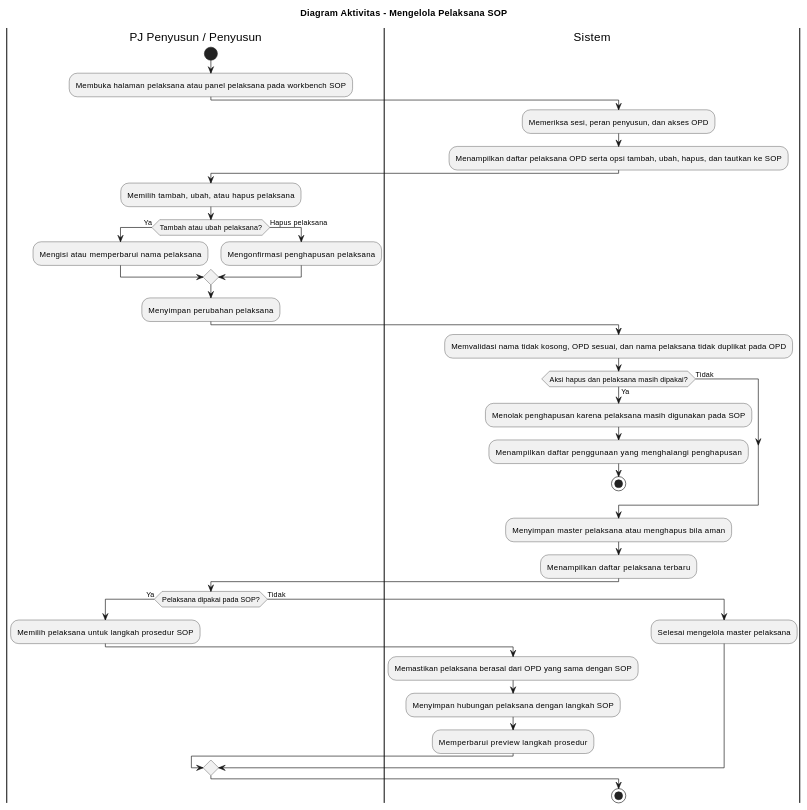
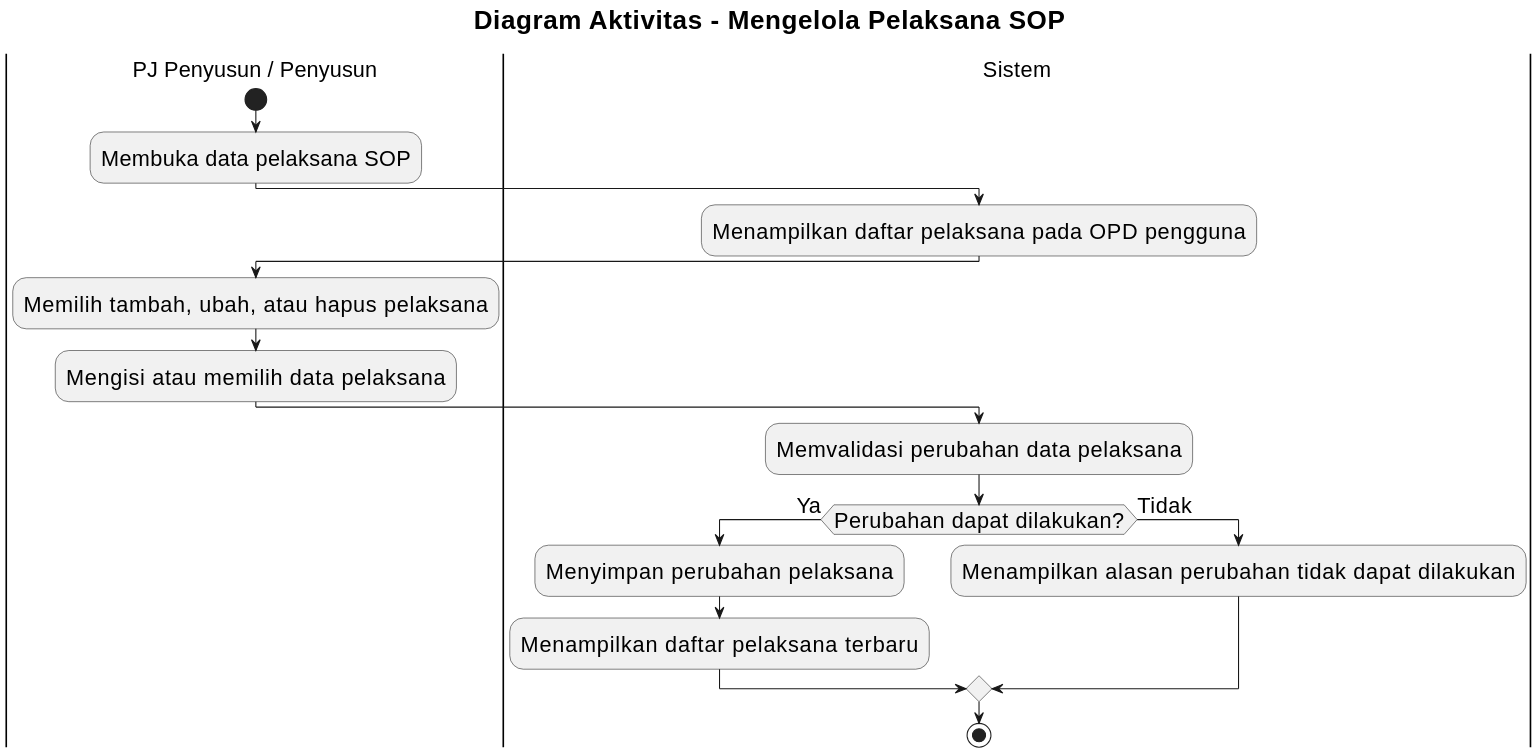
The diagram in docs/activity-diagram/lampiran/pj-penyusun-penyusun-mengelola-pelaksana-sop.md (howlil/sop-generate-app), drawn with PlantUML before and after one commit. The commit also changed other lines of this file and 20 other files, not shown here.

Commit message:
docs(activity): align all activity diagrams with use cases

````diff
--- a/docs/activity-diagram/lampiran/pj-penyusun-penyusun-mengelola-pelaksana-sop.md
+++ b/docs/activity-diagram/lampiran/pj-penyusun-penyusun-mengelola-pelaksana-sop.md
@@ -16,51 +16,33 @@
 ```plantuml
 @startuml
+skinparam defaultFontSize 20
+skinparam titleFontSize 24
+skinparam dpi 160
+
 title Diagram Aktivitas - Mengelola Pelaksana SOP
 
 |PJ Penyusun / Penyusun|
 start
-:Membuka halaman pelaksana atau panel pelaksana pada workbench SOP;
+:Membuka data pelaksana SOP;
 
 |Sistem|
-:Memeriksa sesi, peran penyusun, dan akses OPD;
-:Menampilkan daftar pelaksana OPD serta opsi tambah, ubah, hapus, dan tautkan ke SOP;
+:Menampilkan daftar pelaksana pada OPD pengguna;
 
 |PJ Penyusun / Penyusun|
 :Memilih tambah, ubah, atau hapus pelaksana;
-
-if (Tambah atau ubah pelaksana?) then (Ya)
-  :Mengisi atau memperbarui nama pelaksana;
-else (Hapus pelaksana)
-  :Mengonfirmasi penghapusan pelaksana;
-endif
-
-:Menyimpan perubahan pelaksana;
+:Mengisi atau memilih data pelaksana;
 
 |Sistem|
-:Memvalidasi nama tidak kosong, OPD sesuai, dan nama pelaksana tidak duplikat pada OPD;
+:Memvalidasi perubahan data pelaksana;
 
-if (Aksi hapus dan pelaksana masih dipakai?) then (Ya)
-  :Menolak penghapusan karena pelaksana masih digunakan pada SOP;
-  :Menampilkan daftar penggunaan yang menghalangi penghapusan;
-  stop
+if (Perubahan dapat dilakukan?) then (Ya)
+  :Menyimpan perubahan pelaksana;
+  :Menampilkan daftar pelaksana terbaru;
 else (Tidak)
-endif
-
-:Menyimpan master pelaksana atau menghapus bila aman;
-:Menampilkan daftar pelaksana terbaru;
-
-|PJ Penyusun / Penyusun|
-if (Pelaksana dipakai pada SOP?) then (Ya)
-  :Memilih pelaksana untuk langkah prosedur SOP;
-
-  |Sistem|
-  :Memastikan pelaksana berasal dari OPD yang sama dengan SOP;
-  :Menyimpan hubungan pelaksana dengan langkah SOP;
-  :Memperbarui preview langkah prosedur;
-else (Tidak)
-  :Selesai mengelola master pelaksana;
+  :Menampilkan alasan perubahan tidak dapat dilakukan;
 endif
 
 stop
+
 @enduml
 ```
````
